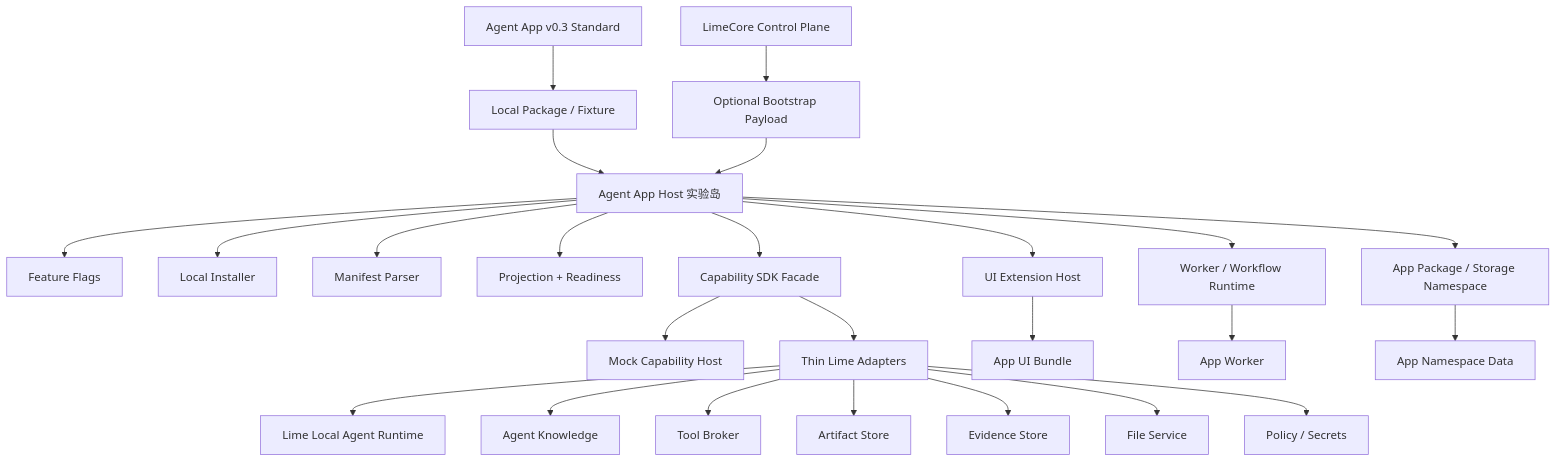
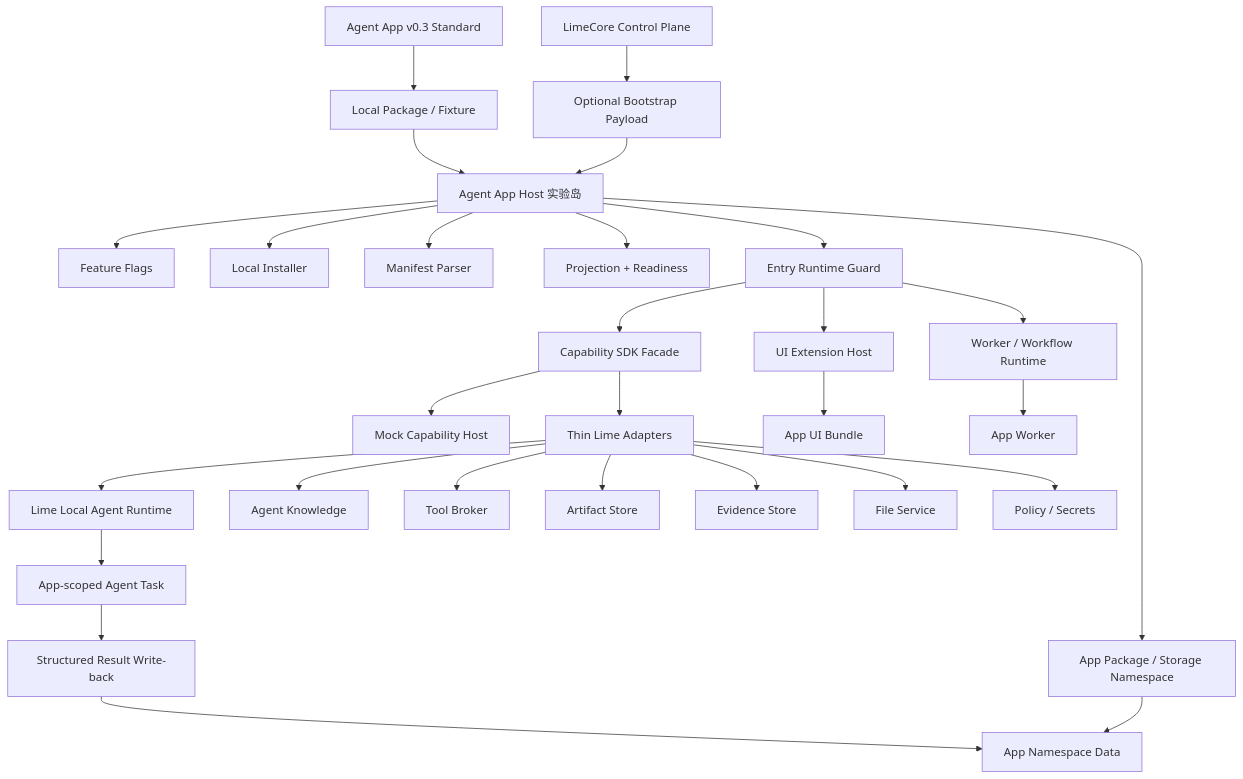
Before and after one commit to jiujuan/lime: the first of 4 diagrams in docs/roadmap/agentapp/implementation-plan.md, drawn with Mermaid. The commit also changed other lines of this file and 338 other files, not shown here.

````diff
--- a/docs/roadmap/agentapp/implementation-plan.md
+++ b/docs/roadmap/agentapp/implementation-plan.md
@@ -101,31 +108,35 @@
 ```mermaid
 flowchart TD
   Standard[Agent App v0.3 Standard] --> Source[Local Package / Fixture]
   Cloud[LimeCore Control Plane] --> Bootstrap[Optional Bootstrap Payload]
   Source --> Host[Agent App Host 实验岛]
   Bootstrap --> Host
 
   Host --> Flag[Feature Flags]
   Host --> Installer[Local Installer]
   Host --> Manifest[Manifest Parser]
   Host --> Projection[Projection + Readiness]
   Host --> Store[App Package / Storage Namespace]
-  Host --> SDK[Capability SDK Facade]
-  Host --> UIHost[UI Extension Host]
-  Host --> Worker[Worker / Workflow Runtime]
+  Host --> Guard[Entry Runtime Guard]
+  Guard --> SDK[Capability SDK Facade]
+  Guard --> UIHost[UI Extension Host]
+  Guard --> Worker[Worker / Workflow Runtime]
 
   SDK --> Mock[Mock Capability Host]
   SDK --> Adapter[Thin Lime Adapters]
 
   Adapter --> Agent[Lime Local Agent Runtime]
   Adapter --> Knowledge[Agent Knowledge]
   Adapter --> Tools[Tool Broker]
   Adapter --> Artifacts[Artifact Store]
   Adapter --> Evidence[Evidence Store]
   Adapter --> Files[File Service]
   Adapter --> Policy[Policy / Secrets]
 
   UIHost --> AppUI[App UI Bundle]
   Worker --> AppWorker[App Worker]
+  Agent --> Task[App-scoped Agent Task]
+  Task --> Result[Structured Result Write-back]
+  Result --> AppData
   Store --> AppData[App Namespace Data]
 ```
````
